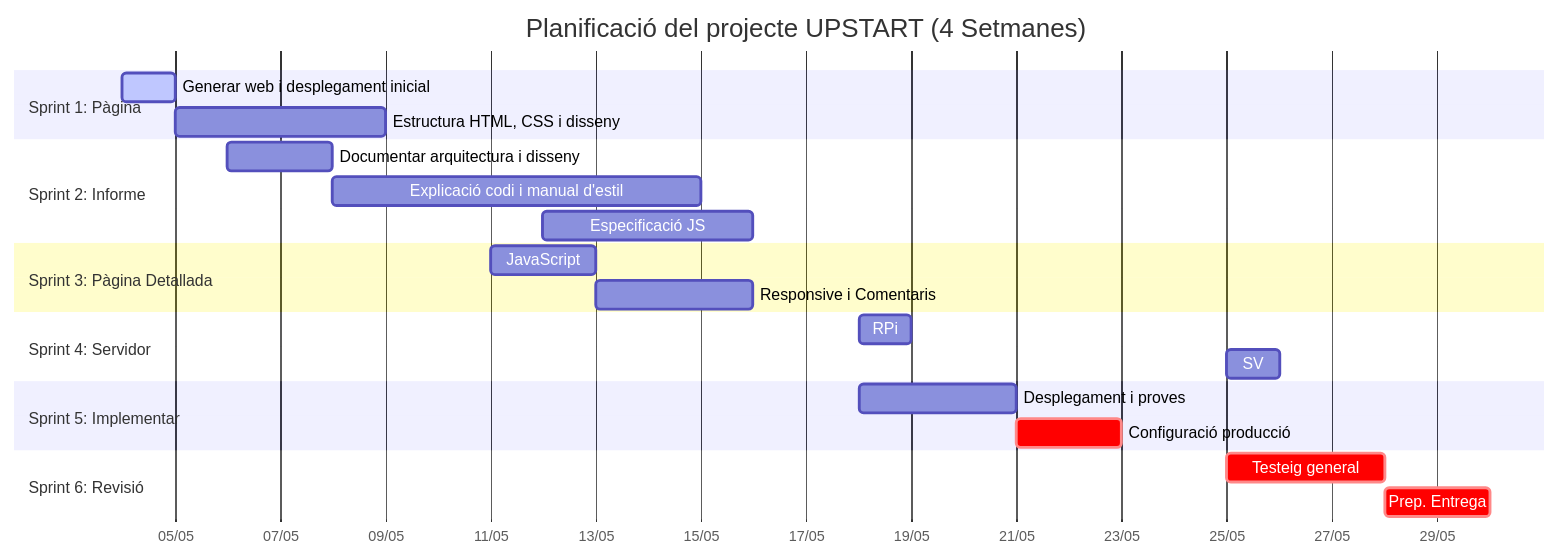
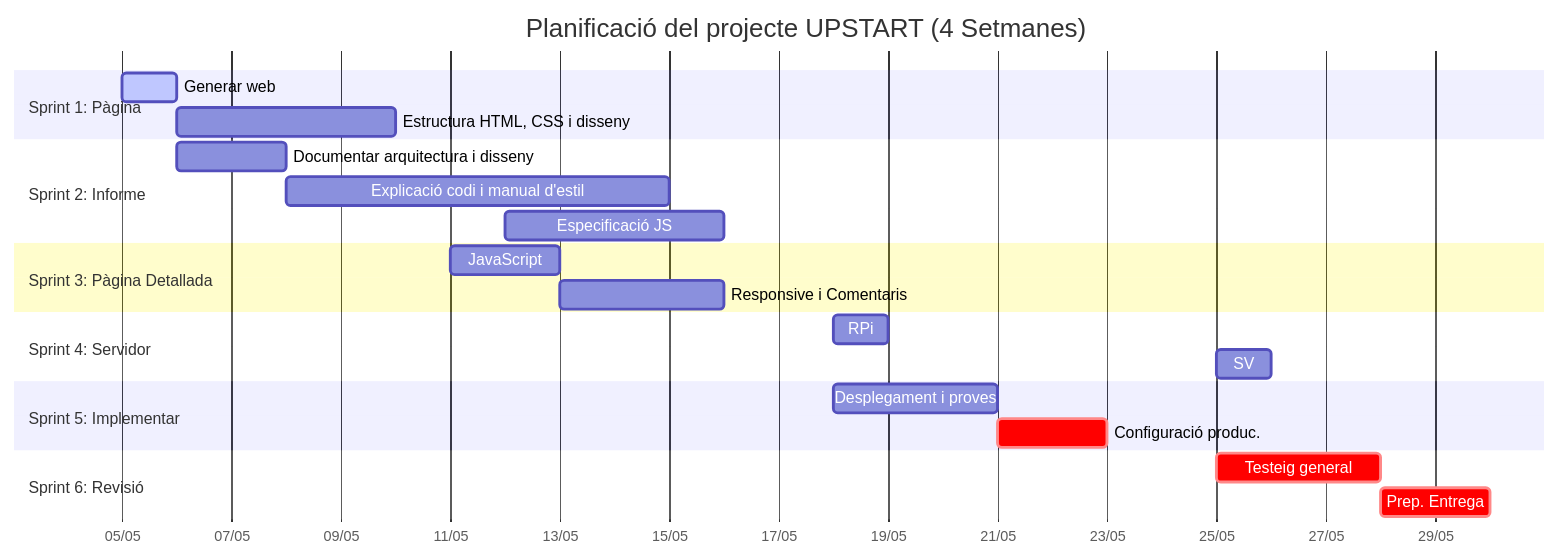
The diagram in README.md (Sukhdeep777/upstart), drawn with Mermaid before and after one commit.

````diff
--- a/README.md
+++ b/README.md
@@ -2,31 +2,31 @@
 ```mermaid
 gantt
     title Planificació del projecte UPSTART (4 Setmanes)
     dateFormat  YYYY-MM-DD
     axisFormat  %d/%m
 
     section Sprint 1: Pàgina
-    Generar web i desplegament inicial :active, s1t1, 2026-05-04, 1d
+    Generar web :active, s1t1, 2026-05-05, 1d
     Estructura HTML, CSS i disseny     :s1t2, after s1t1, 4d
 
     section Sprint 2: Informe
     Documentar arquitectura i disseny  :s2t1, 2026-05-06, 2d
     Explicació codi i manual d'estil   :s2t2, 2026-05-08, 7d
     Especificació JS                   :s2t3, 2026-05-12, 4d
 
     section Sprint 3: Pàgina Detallada
     JavaScript      :s3t1, 2026-05-11, 2d
     Responsive i Comentaris            :s3t2, 2026-05-13, 3d
 
     section Sprint 4: Servidor
     RPi           :s4t1, 2026-05-18, 1d
     SV               :s4t2, 2026-05-25, 1d
 
     section Sprint 5: Implementar
     Desplegament i proves         :s5t1, 2026-05-18, 3d
-    Configuració producció             :crit, s5t2, 2026-05-21, 2d
+    Configuració produc.             :crit, s5t2, 2026-05-21, 2d
 
     section Sprint 6: Revisió
     Testeig general             :crit, s6t1, 2026-05-25, 3d
     Prep. Entrega                 :crit, s6t2, 2026-05-28, 2d
 ```
````
